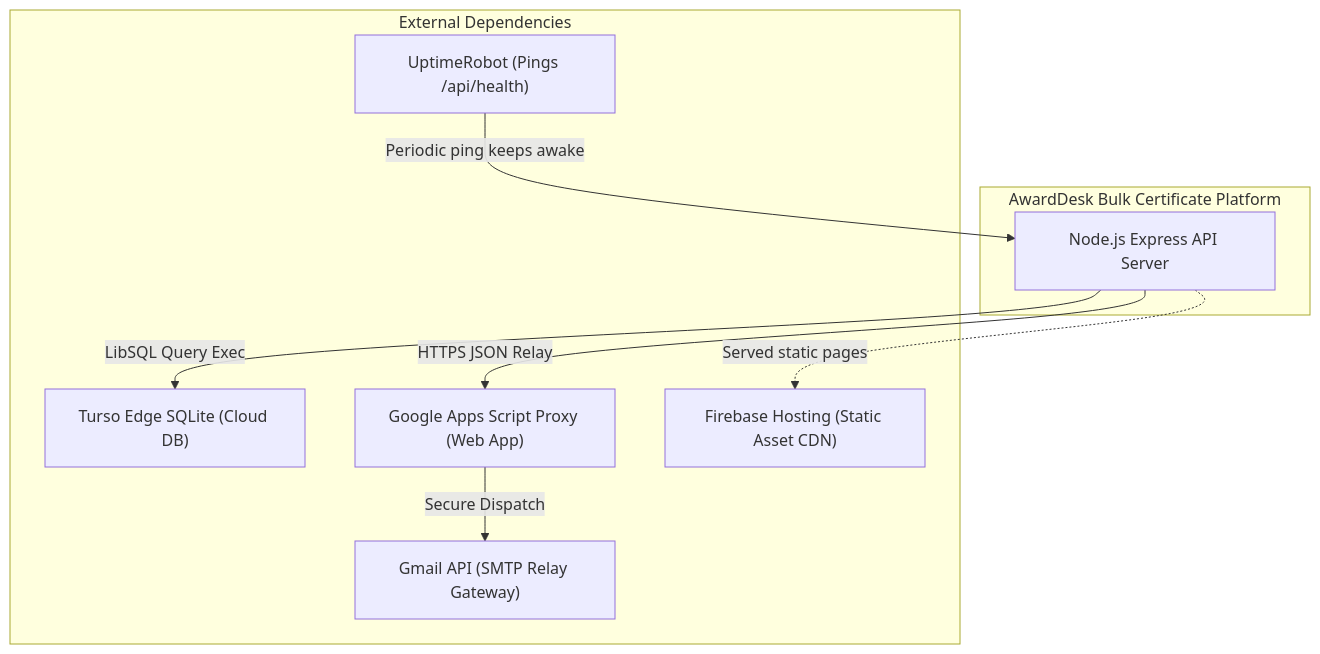
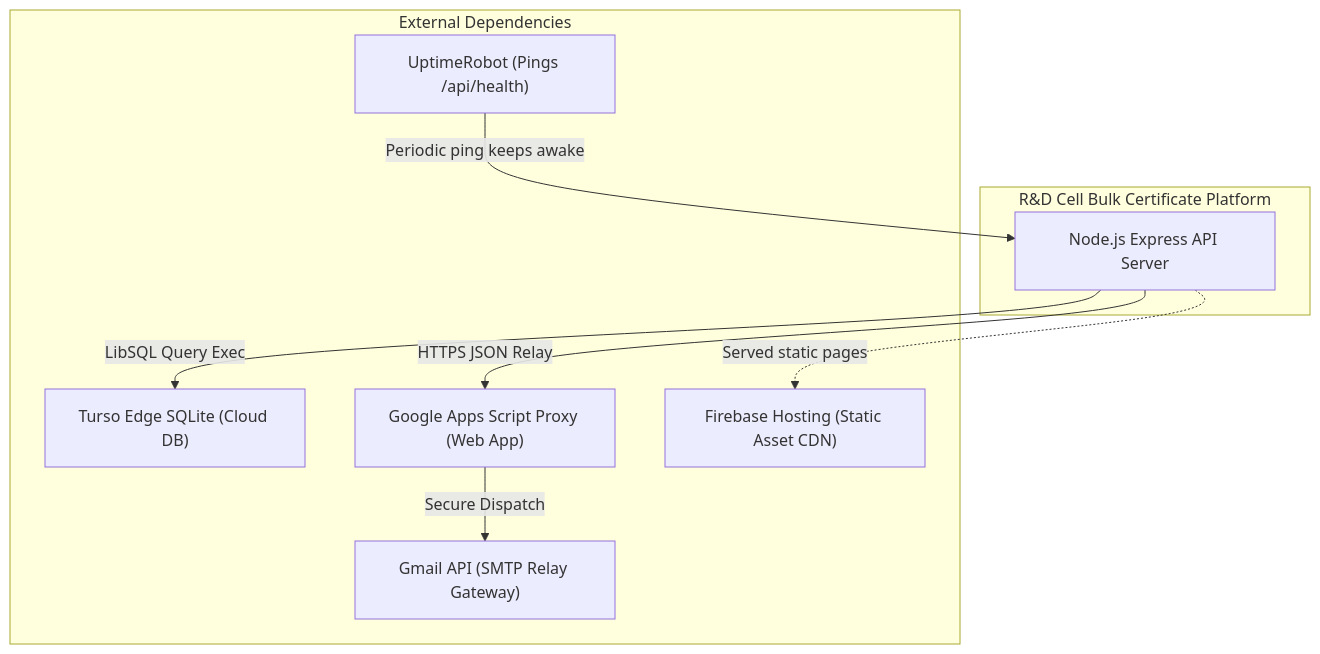
Before and after one commit to saicharan-bhuthkuri/rd: diagram 13 of 24 in README.md, drawn with Mermaid. The commit also changed other lines of this file and 3 other files, not shown here.

Commit message:
chore: replace remaining occurrences of AwardDesk with R&D Cell

````diff
--- a/README.md
+++ b/README.md
@@ -691,20 +691,20 @@
 ```mermaid
 graph TD
-    subgraph "AwardDesk Bulk Certificate Platform"
+    subgraph "R&D Cell Bulk Certificate Platform"
         App[Node.js Express API Server]
     end
 
     subgraph "External Dependencies"
         Turso["Turso Edge SQLite (Cloud DB)"]
         AppsScript["Google Apps Script Proxy (Web App)"]
         GmailAPI["Gmail API (SMTP Relay Gateway)"]
         Firebase["Firebase Hosting (Static Asset CDN)"]
         UptimeRobot["UptimeRobot (Pings /api/health)"]
     end
 
     App -->|"LibSQL Query Exec"| Turso
     App -->|"HTTPS JSON Relay"| AppsScript
     AppsScript -->|"Secure Dispatch"| GmailAPI
     App -.->|"Served static pages"| Firebase
     UptimeRobot -->|"Periodic ping keeps awake"| App
 ```
````
